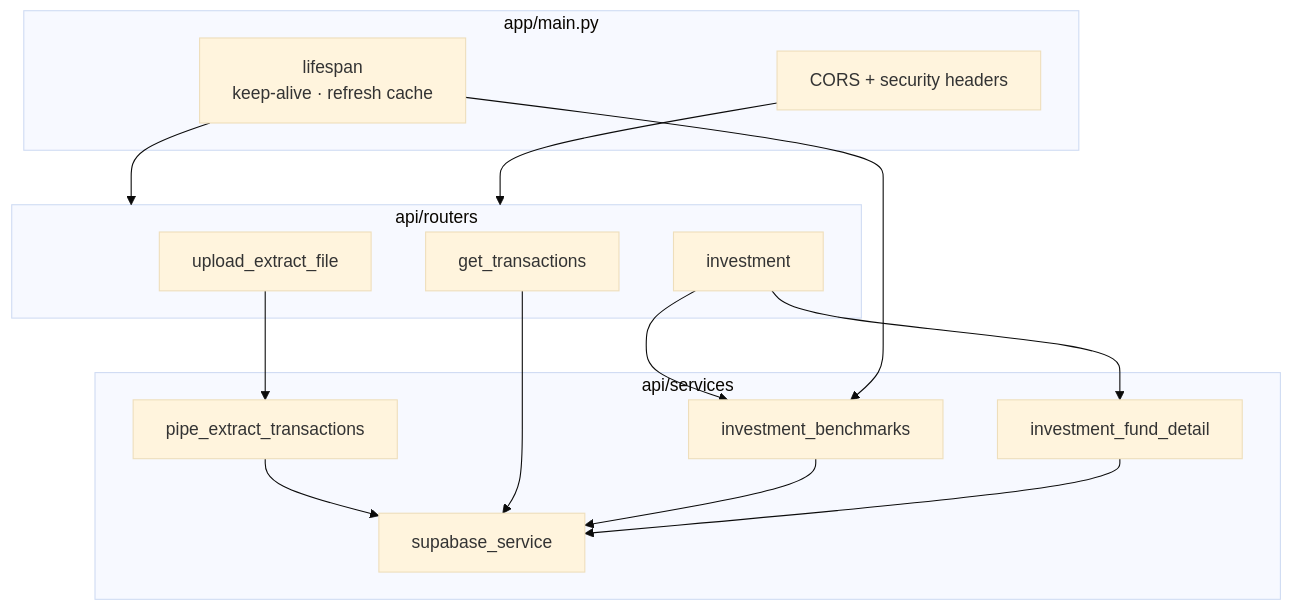
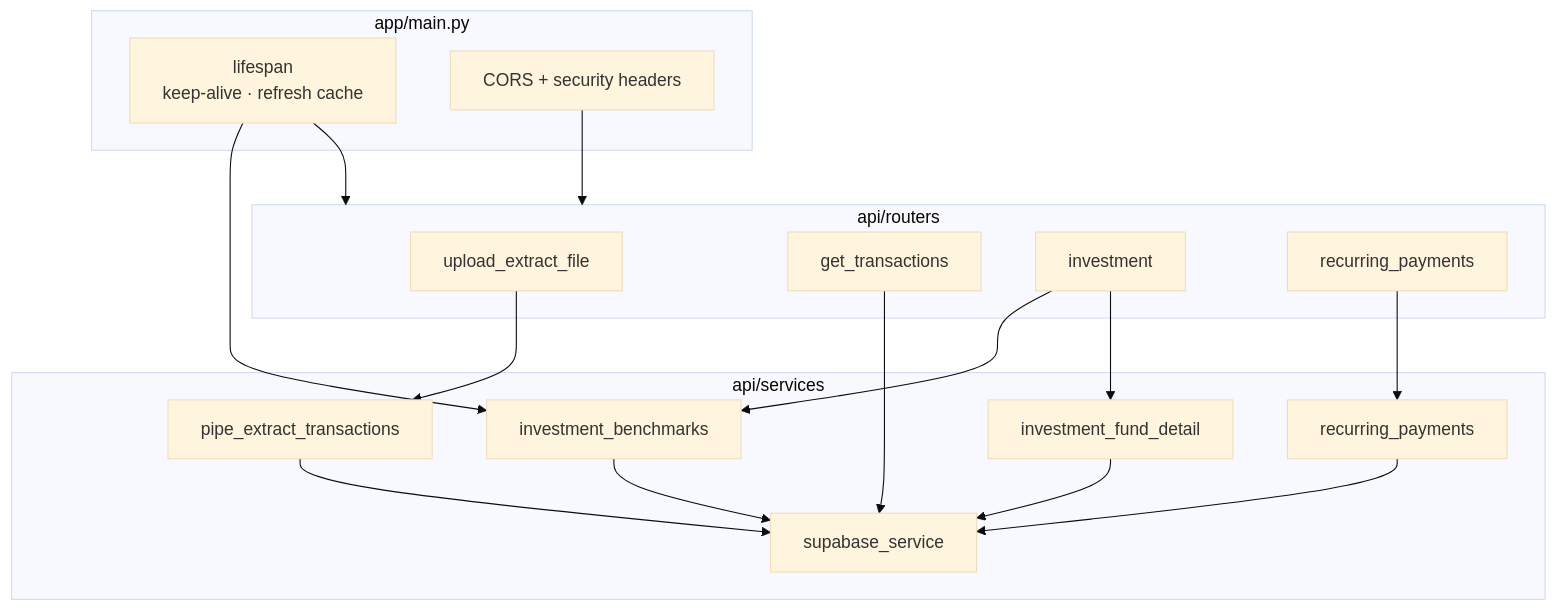
Before and after one commit to alejandroMartin99/BankaAppTracker: the third of 11 diagrams in docs/ARCHITECTURE.md, drawn with Mermaid (base theme). The commit also changed other lines of this file and 17 other files, not shown here.

First line of the commit message:
feat: add recurring payments feature with API integration and UI updates

````diff
--- a/docs/ARCHITECTURE.md
+++ b/docs/ARCHITECTURE.md
@@ -67,27 +67,30 @@
 ```mermaid
 flowchart TB
   subgraph Entry["app/main.py"]
     LIFE["lifespan<br/>keep-alive · refresh cache"]
     CORS["CORS + security headers"]
   end
 
   subgraph Routers["api/routers"]
     UP["upload_extract_file"]
     GT["get_transactions"]
     INV["investment"]
+    RP["recurring_payments"]
   end
 
   subgraph Services["api/services"]
     PIPE["pipe_extract_transactions"]
     SB["supabase_service"]
     IB["investment_benchmarks"]
     IFD["investment_fund_detail"]
+    REC["recurring_payments"]
   end
 
   LIFE --> Routers
   CORS --> Routers
   UP --> PIPE --> SB
   GT --> SB
   INV --> IB & IFD --> SB
+  RP --> REC --> SB
   LIFE --> IB
 ```
````
